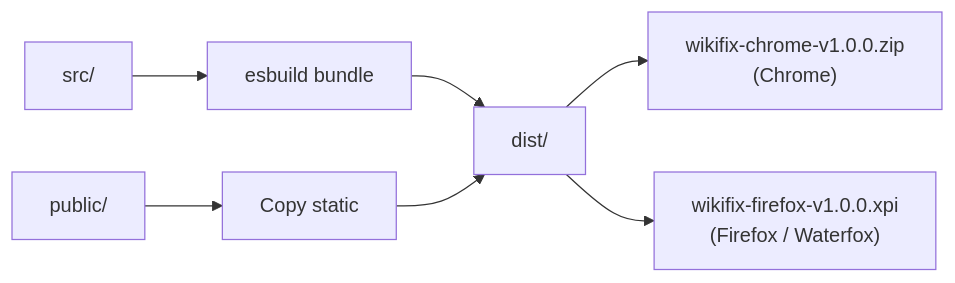
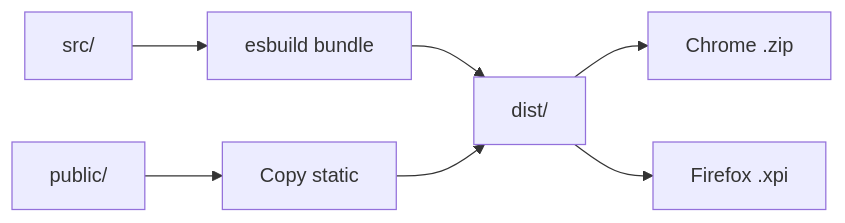
One commit to Wolren/WikiCitationExtension changed the second of 2 diagrams in README.md. Above: the diagram before and after it, drawn with Mermaid. The commit also changed other lines of this file, not shown here.

Commit message:
docs: align README with readme-authoring standards, fix mermaid flowchart to graph, add tech stack and limitations sections

````diff
--- a/README.md
+++ b/README.md
@@ -116,9 +115,9 @@
 ```mermaid
-flowchart LR
+graph LR
     SRC[src/] --> ES[esbuild bundle]
     PUBLIC[public/] --> CP[Copy static]
     ES --> DIST[dist/]
     CP --> DIST
-    DIST --> ZIP["wikifix-chrome-v1.0.0.zip<br/>(Chrome)"]
-    DIST --> XPI["wikifix-firefox-v1.0.0.xpi<br/>(Firefox / Waterfox)"]
+    DIST --> ZIP[Chrome .zip]
+    DIST --> XPI[Firefox .xpi]
 ```
````
